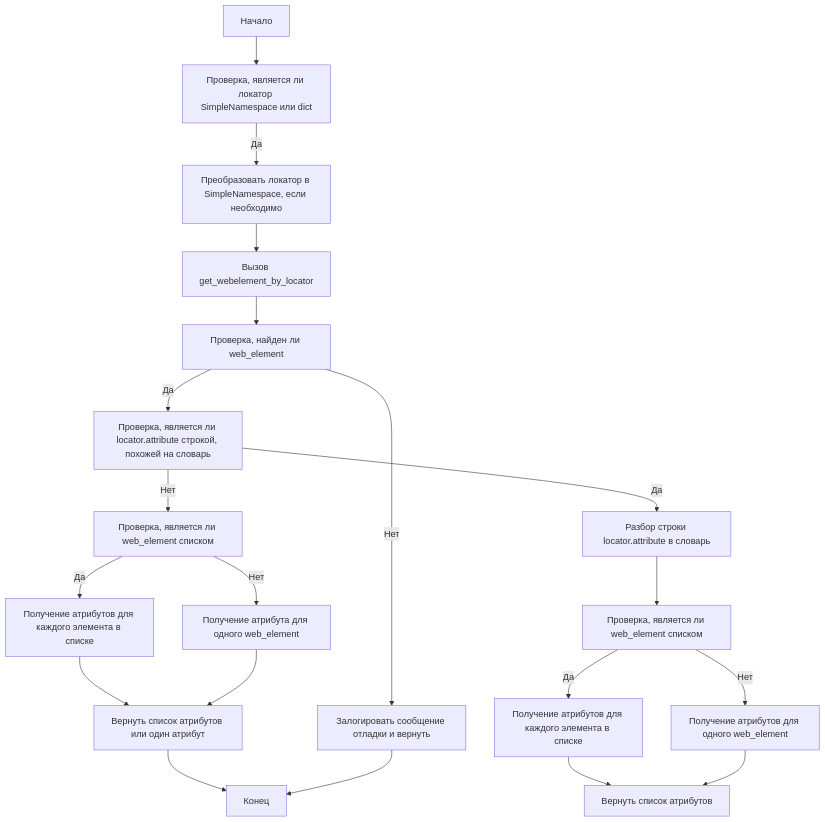
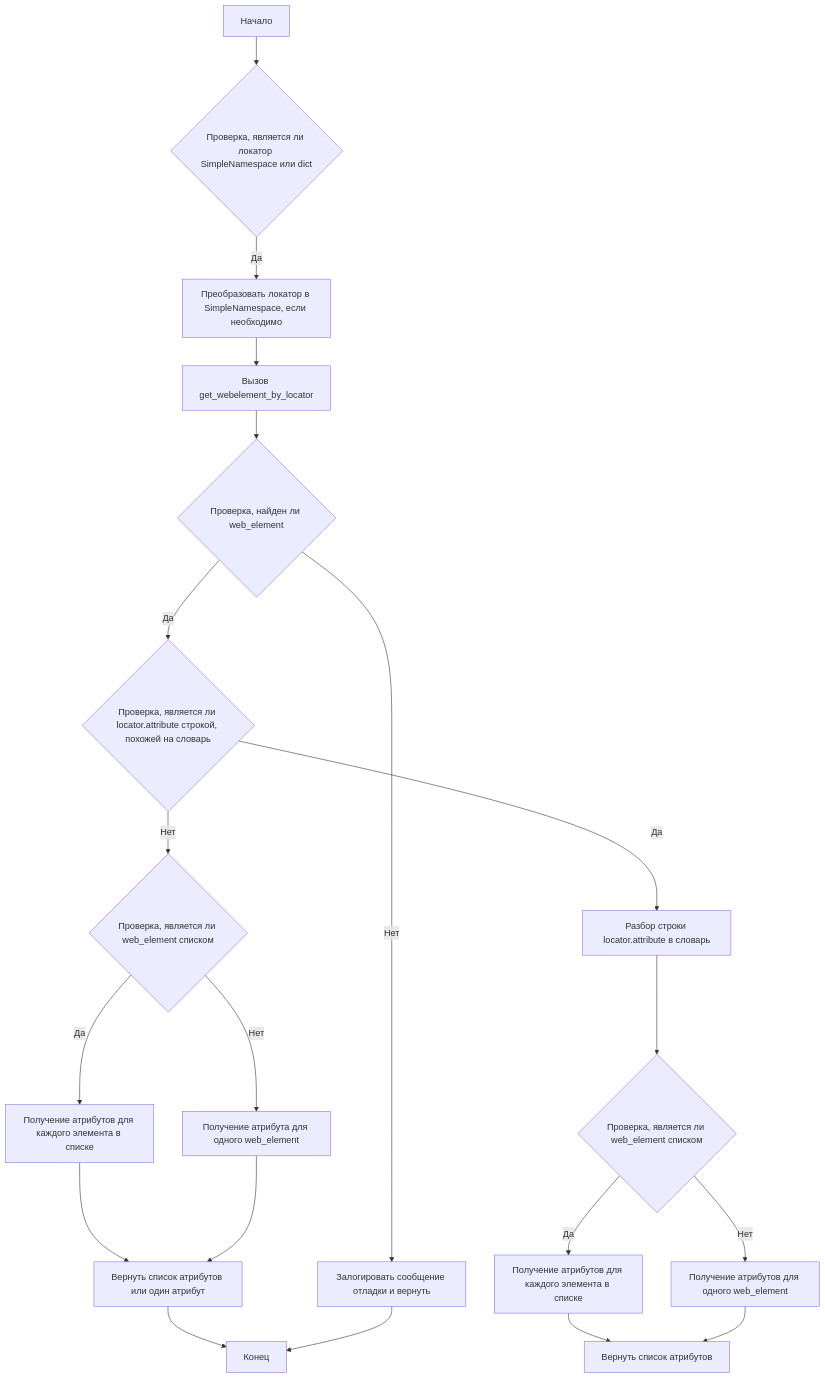
The third of 3 diagrams in docs/executor.ru.md (hypo69/webdriver), drawn with Mermaid before and after one commit. The commit also changed other lines of this file, not shown here.

Commit message:
checkpoint

````diff
--- a/docs/executor.ru.md
+++ b/docs/executor.ru.md
@@ -88,22 +88,22 @@
   ```mermaid
   graph TD
-  Start[Начало] --> CheckIfLocatorIsSimpleNamespaceOrDict[Проверка, является ли локатор SimpleNamespace или dict]
+  Start[Начало] --> CheckIfLocatorIsSimpleNamespaceOrDict{Проверка, является ли локатор SimpleNamespace или dict}
   CheckIfLocatorIsSimpleNamespaceOrDict -->|Да| ConvertLocatorToSimpleNamespaceIfNeeded[Преобразовать локатор в SimpleNamespace, если необходимо]
   ConvertLocatorToSimpleNamespaceIfNeeded --> CallGetWebElementByLocator[Вызов get_webelement_by_locator]
-  CallGetWebElementByLocator --> CheckIfWebElementIsFound[Проверка, найден ли web_element]
+  CallGetWebElementByLocator --> CheckIfWebElementIsFound{Проверка, найден ли web_element}
   CheckIfWebElementIsFound -->|Нет| LogDebugMessageAndReturn[Залогировать сообщение отладки и вернуть]
-  CheckIfWebElementIsFound -->|Да| CheckIfAttributeIsDictionaryLikeString[Проверка, является ли locator.attribute строкой, похожей на словарь]
+  CheckIfWebElementIsFound -->|Да| CheckIfAttributeIsDictionaryLikeString{Проверка, является ли locator.attribute строкой, похожей на словарь}
   CheckIfAttributeIsDictionaryLikeString -->|Да| ParseAttributeStringToDict[Разбор строки locator.attribute в словарь]
-  ParseAttributeStringToDict --> CheckIfWebElementIsList[Проверка, является ли web_element списком]
+  ParseAttributeStringToDict --> CheckIfWebElementIsList{Проверка, является ли web_element списком}
   CheckIfWebElementIsList -->|Да| RetrieveAttributesForEachElementInList[Получение атрибутов для каждого элемента в списке]
   RetrieveAttributesForEachElementInList --> ReturnListOfAttributes[Вернуть список атрибутов]
   CheckIfWebElementIsList -->|Нет| RetrieveAttributesForSingleWebElement[Получение атрибутов для одного web_element]
   RetrieveAttributesForSingleWebElement --> ReturnListOfAttributes
-  CheckIfAttributeIsDictionaryLikeString -->|Нет| CheckIfWebElementIsListAgain[Проверка, является ли web_element списком]
+  CheckIfAttributeIsDictionaryLikeString -->|Нет| CheckIfWebElementIsListAgain{Проверка, является ли web_element списком}
   CheckIfWebElementIsListAgain -->|Да| RetrieveAttributesForEachElementInListAgain[Получение атрибутов для каждого элемента в списке]
   RetrieveAttributesForEachElementInListAgain --> ReturnListOfAttributesOrSingleAttribute[Вернуть список атрибутов или один атрибут]
   CheckIfWebElementIsListAgain -->|Нет| RetrieveAttributeForSingleWebElementAgain[Получение атрибута для одного web_element]
   RetrieveAttributeForSingleWebElementAgain --> ReturnListOfAttributesOrSingleAttribute
   ReturnListOfAttributesOrSingleAttribute --> End[Конец]
   LogDebugMessageAndReturn --> End
   ```
````
